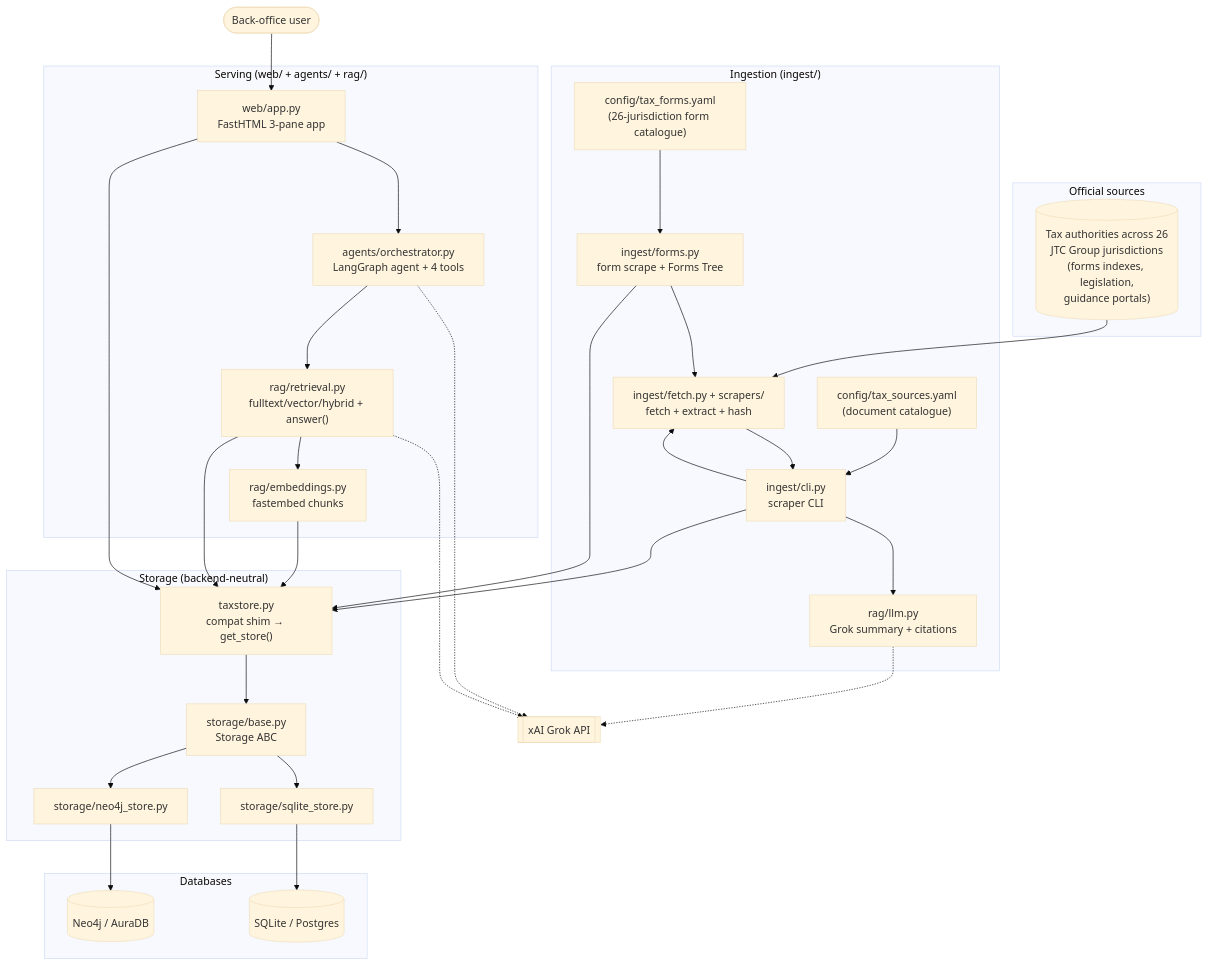
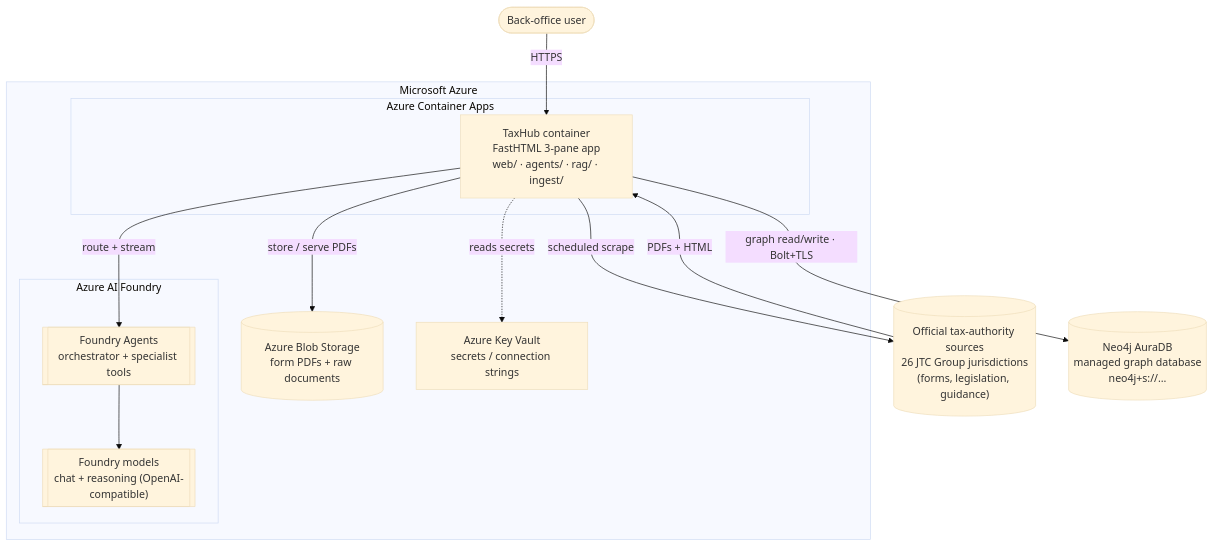
One commit to predictivelabsai/FastFund changed the first of 4 diagrams in docs/architecture_readme.md. Above: the diagram before and after it, drawn with Mermaid (base theme). The commit also changed other lines of this file and 5 other files, not shown here.

First line of the commit message:
Technical Guide: Azure-target architecture doc + HTML + diagram PNG

````diff
--- a/docs/architecture_readme.md
+++ b/docs/architecture_readme.md
@@ -95,62 +100,28 @@
 ```mermaid
 flowchart TB
-    subgraph Sources["Official sources"]
-        SRC[("Tax authorities across 26<br/>JTC Group jurisdictions<br/>(forms indexes, legislation,<br/>guidance portals)")]
+    USER(["Back-office user"])
+    SRC[("Official tax-authority sources<br/>26 JTC Group jurisdictions<br/>(forms, legislation, guidance)")]
+
+    subgraph Azure["Microsoft Azure"]
+        subgraph ACA["Azure Container Apps"]
+            APP["TaxHub container<br/>FastHTML 3-pane app<br/>web/ · agents/ · rag/ · ingest/"]
+        end
+        subgraph FOUNDRY["Azure AI Foundry"]
+            MODELS[["Foundry models<br/>chat + reasoning (OpenAI-compatible)"]]
+            FAGENTS[["Foundry Agents<br/>orchestrator + specialist tools"]]
+        end
+        BLOB[("Azure Blob Storage<br/>form PDFs + raw documents")]
+        KV["Azure Key Vault<br/>secrets / connection strings"]
     end
 
-    subgraph Ingest["Ingestion (ingest/)"]
-        FCFG["config/tax_forms.yaml<br/>(26-jurisdiction form catalogue)"]
-        SCFG["config/tax_sources.yaml<br/>(document catalogue)"]
-        FORMS["ingest/forms.py<br/>form scrape + Forms Tree"]
-        FETCH["ingest/fetch.py + scrapers/<br/>fetch + extract + hash"]
-        ORCH["ingest/cli.py<br/>scraper CLI"]
-        AI["rag/llm.py<br/>Grok summary + citations"]
-    end
+    AURA[("Neo4j AuraDB<br/>managed graph database<br/>neo4j+s://…")]
 
-    subgraph StorageLayer["Storage (backend-neutral)"]
-        BASE["storage/base.py<br/>Storage ABC"]
-        SHIM["taxstore.py<br/>compat shim → get_store()"]
-        NEO["storage/neo4j_store.py"]
-        SQL["storage/sqlite_store.py"]
-    end
-
-    subgraph Backends["Databases"]
-        NEO4J[("Neo4j / AuraDB")]
-        SQLITE[("SQLite / Postgres")]
-    end
-
-    subgraph Serve["Serving (web/ + agents/ + rag/)"]
-        APP["web/app.py<br/>FastHTML 3-pane app"]
-        AGENTS["agents/orchestrator.py<br/>LangGraph agent + 4 tools"]
-        RAG["rag/retrieval.py<br/>fulltext/vector/hybrid + answer()"]
-        EMB["rag/embeddings.py<br/>fastembed chunks"]
-    end
-
-    USER(["Back-office user"])
-    GROK[["xAI Grok API"]]
-
-    SRC --> FETCH
-    FCFG --> FORMS
-    SCFG --> ORCH
-    ORCH --> FETCH
-    FORMS --> FETCH
-    FETCH --> ORCH
-    ORCH --> AI
-    AI -.-> GROK
-    ORCH --> SHIM
-    FORMS --> SHIM
-    EMB --> SHIM
-    SHIM --> BASE
-    BASE --> NEO
-    BASE --> SQL
-    NEO --> NEO4J
-    SQL --> SQLITE
-    USER --> APP
-    APP --> AGENTS
-    AGENTS --> RAG
-    AGENTS -.-> GROK
-    RAG --> EMB
-    RAG --> SHIM
-    RAG -.-> GROK
-    APP --> SHIM
+    USER -->|HTTPS| APP
+    APP -->|route + stream| FAGENTS
+    FAGENTS --> MODELS
+    APP -->|graph read/write · Bolt+TLS| AURA
+    APP -->|store / serve PDFs| BLOB
+    APP -->|scheduled scrape| SRC
+    SRC -->|PDFs + HTML| APP
+    APP -.->|reads secrets| KV
 ```
````
